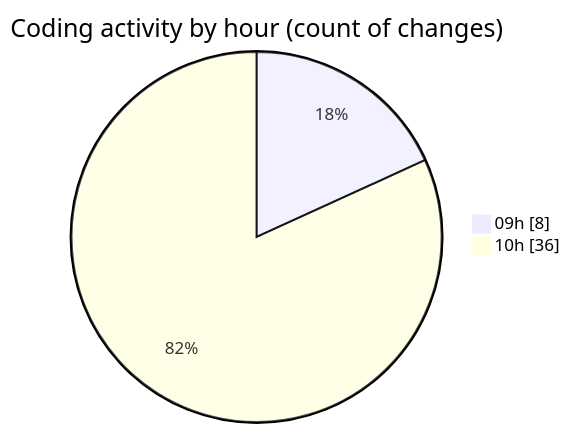
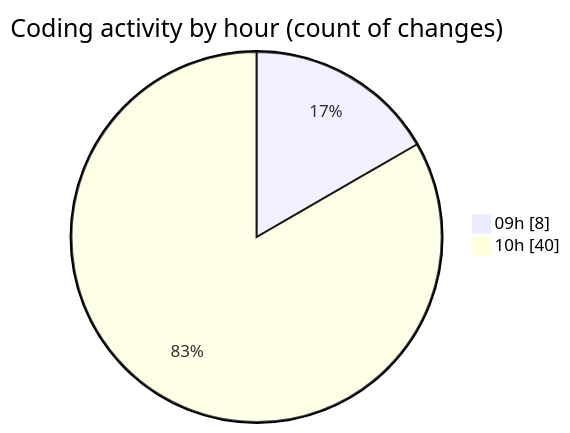
One commit to momahboobian/code-tracking changed the second of 2 diagrams in 2025-09-01/cda/README.md. Above: the diagram before and after it, drawn with Mermaid. The commit also changed other lines of this file and 1 other file, not shown here.

````diff
--- a/2025-09-01/cda/README.md
+++ b/2025-09-01/cda/README.md
@@ -37,6 +37,6 @@
 ```mermaid
 pie showData
 title Coding activity by hour (count of changes)
 "09h" : 8
-"10h" : 36
+"10h" : 40
 ```
````
